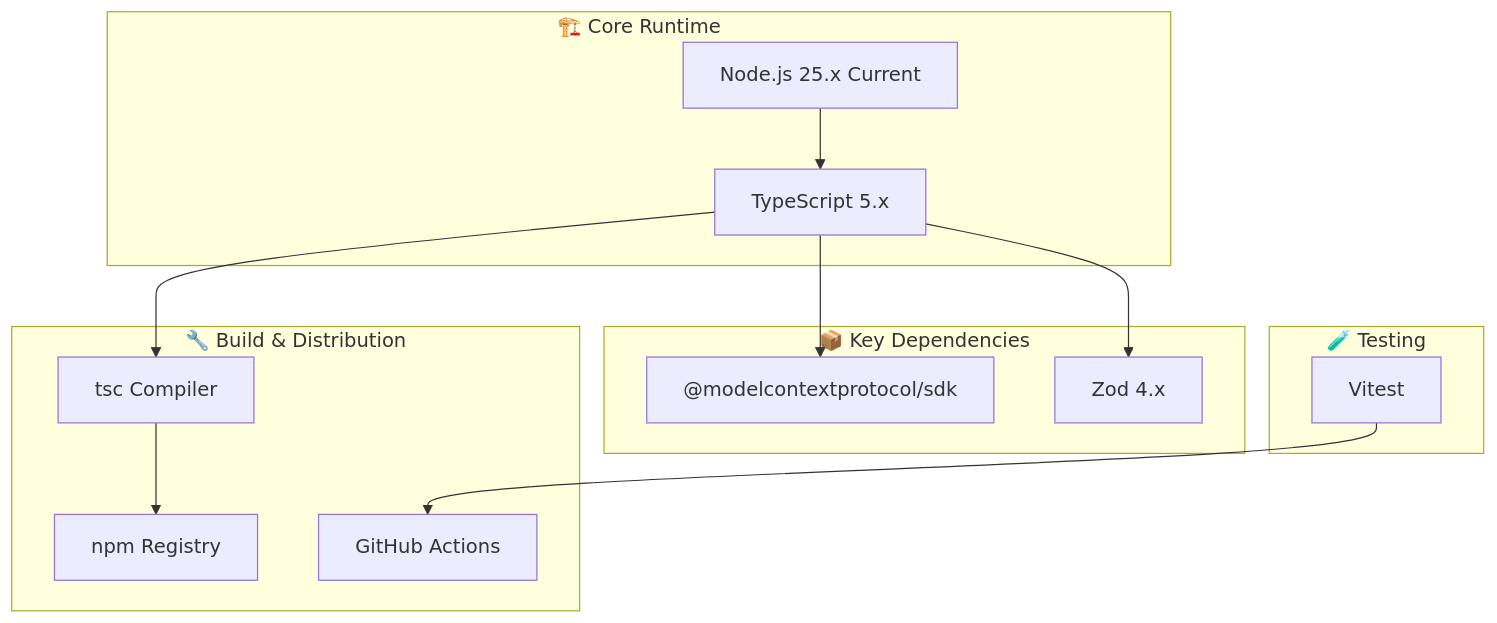
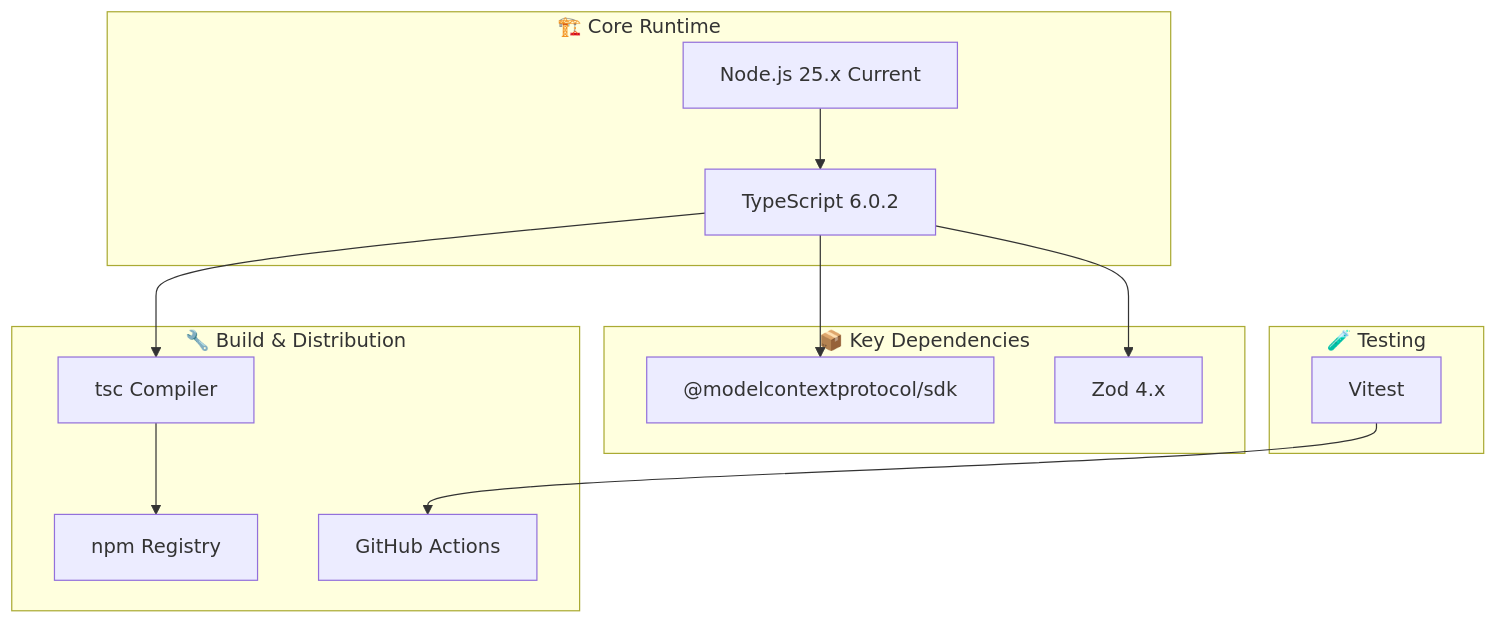
The first of 2 diagrams in End-of-Life-Strategy.md (Hack23/European-Parliament-MCP-Server), drawn with Mermaid before and after one commit. The commit also changed other lines of this file and 15 other files, not shown here.

First line of the commit message:
chore: upgrade to TypeScript 6.0.2

````diff
--- a/End-of-Life-Strategy.md
+++ b/End-of-Life-Strategy.md
@@ -64,23 +64,23 @@
 ```mermaid
 graph TB
     subgraph "🏗️ Core Runtime"
         NODE[Node.js 25.x Current]
-        TS[TypeScript 5.x]
+        TS[TypeScript 6.0.2]
     end
     subgraph "📦 Key Dependencies"
         MCP["@modelcontextprotocol/sdk"]
         ZOD[Zod 4.x]
     end
     subgraph "🧪 Testing"
         VIT[Vitest]
     end
     subgraph "🔧 Build & Distribution"
         NPM[npm Registry]
         GHA[GitHub Actions]
         TSC[tsc Compiler]
     end
 
     NODE --> TS --> MCP & ZOD
     TS --> TSC --> NPM
     VIT --> GHA
 ```
````
